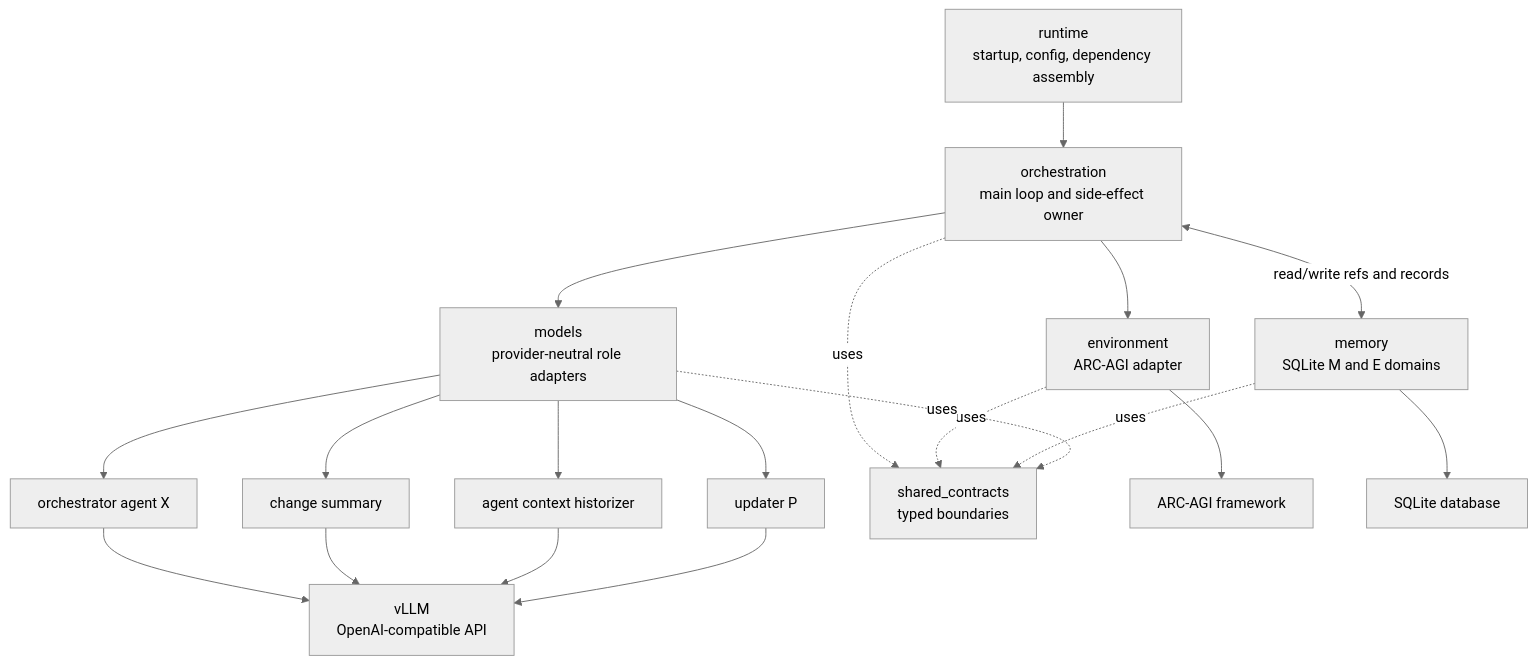
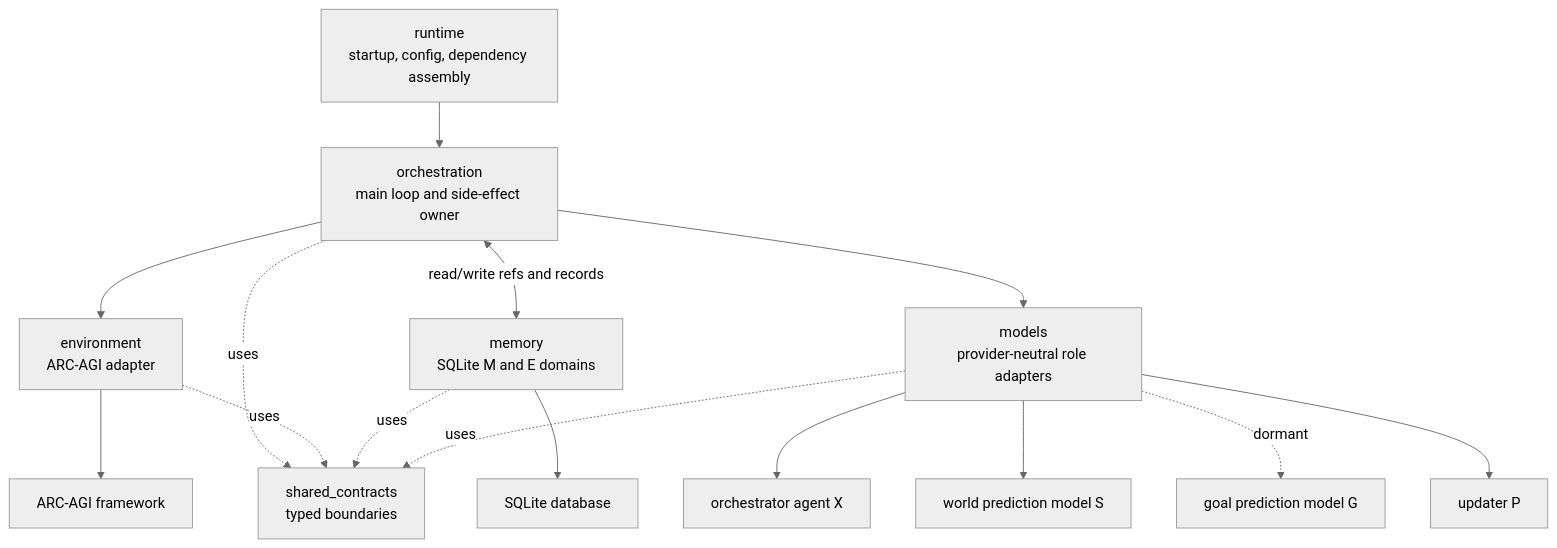
The first of 3 diagrams in doc/architecture/software/diagrams.md (cocomette/artificial-agency), drawn with Mermaid (neutral theme) before and after one commit. The commit also changed other lines of this file and 253 other files, not shown here.

````diff
--- a/doc/architecture/software/diagrams.md
+++ b/doc/architecture/software/diagrams.md
@@ -9,31 +9,30 @@
 ```mermaid
 flowchart TB
     Runtime["runtime\nstartup, config, dependency assembly"]
     Orchestration["orchestration\nmain loop and side-effect owner"]
     Environment["environment\nARC-AGI adapter"]
     Memory["memory\nSQLite M and E domains"]
     Models["models\nprovider-neutral role adapters"]
     Agent["orchestrator agent X"]
-    Change["change summary"]
-    Historizer["agent context historizer"]
+    World["world prediction model S"]
+    Goal["goal prediction model G"]
     Updater["updater P"]
     Contracts["shared_contracts\ntyped boundaries"]
     ARC["ARC-AGI framework"]
     SQLite["SQLite database"]
-    VLLM["vLLM\nOpenAI-compatible API"]
 
     Runtime --> Orchestration
     Orchestration --> Environment
     Environment --> ARC
     Orchestration <-->|read/write refs and records| Memory
     Memory --> SQLite
     Orchestration --> Models
-    Models --> Agent --> VLLM
-    Models --> Change --> VLLM
-    Models --> Historizer --> VLLM
-    Models --> Updater --> VLLM
+    Models --> Agent
+    Models --> World
+    Models -. dormant .-> Goal
+    Models --> Updater
     Orchestration -. uses .-> Contracts
     Environment -. uses .-> Contracts
     Memory -. uses .-> Contracts
     Models -. uses .-> Contracts
 ```
````
